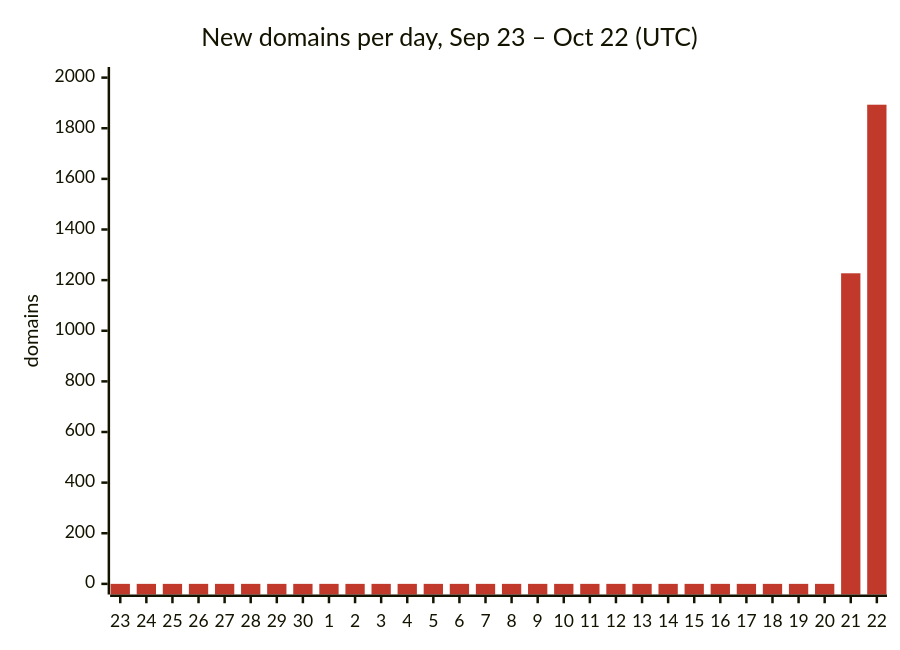
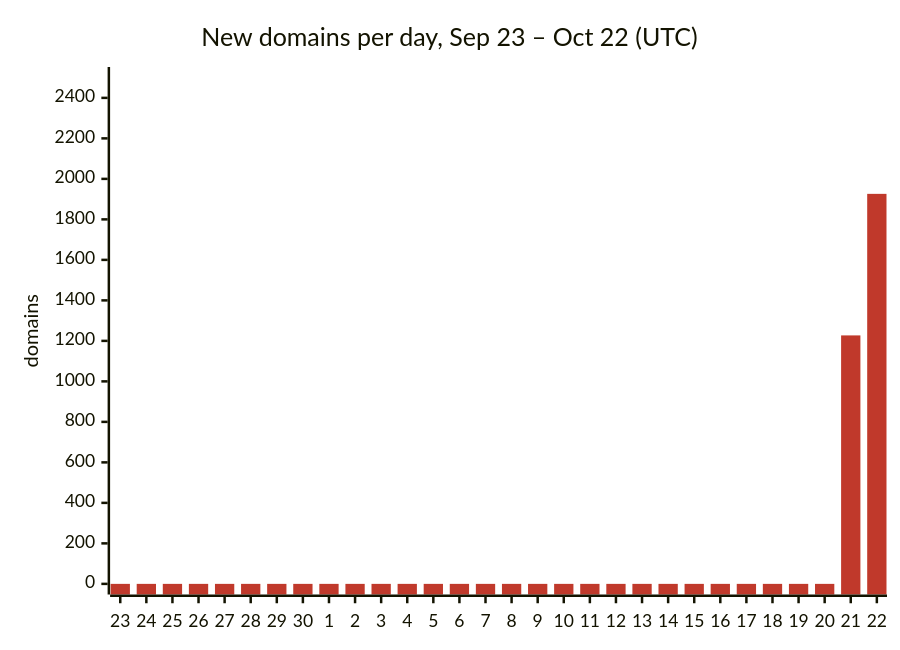
The first of 3 diagrams in README.md (DNSBunker/CTI), drawn with Mermaid before and after one commit. The commit also changed other lines of this file and 3 other files, not shown here.

````diff
--- a/README.md
+++ b/README.md
@@ -29,8 +29,8 @@
 ```mermaid
 %%{init: {"themeVariables": {"xyChart": {"plotColorPalette": "#c0392b"}}}}%%
 xychart-beta
     title "New domains per day, Sep 23 – Oct 22 (UTC)"
     x-axis ["23", "24", "25", "26", "27", "28", "29", "30", "1", "2", "3", "4", "5", "6", "7", "8", "9", "10", "11", "12", "13", "14", "15", "16", "17", "18", "19", "20", "21", "22"]
-    y-axis "domains" 0 --> 2000
-    bar [0, 0, 0, 0, 0, 0, 0, 0, 0, 0, 0, 0, 0, 0, 0, 0, 0, 0, 0, 0, 0, 0, 0, 0, 0, 0, 0, 0, 1227, 1893]
+    y-axis "domains" 0 --> 2500
+    bar [0, 0, 0, 0, 0, 0, 0, 0, 0, 0, 0, 0, 0, 0, 0, 0, 0, 0, 0, 0, 0, 0, 0, 0, 0, 0, 0, 0, 1227, 1926]
 ```
````
